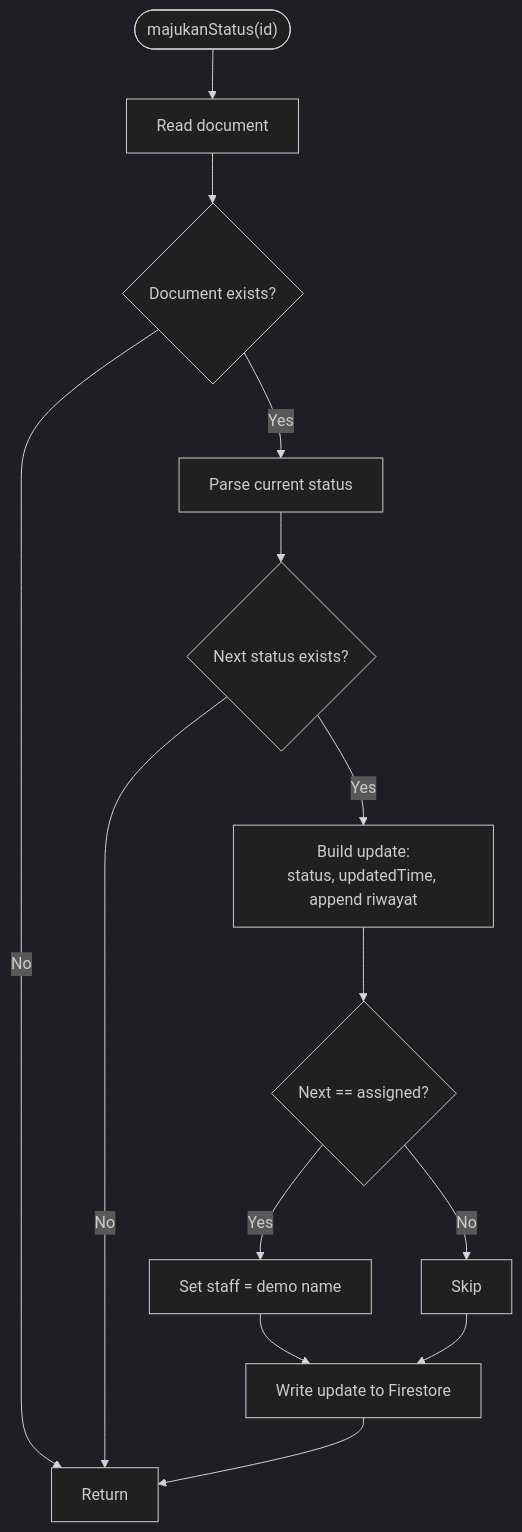
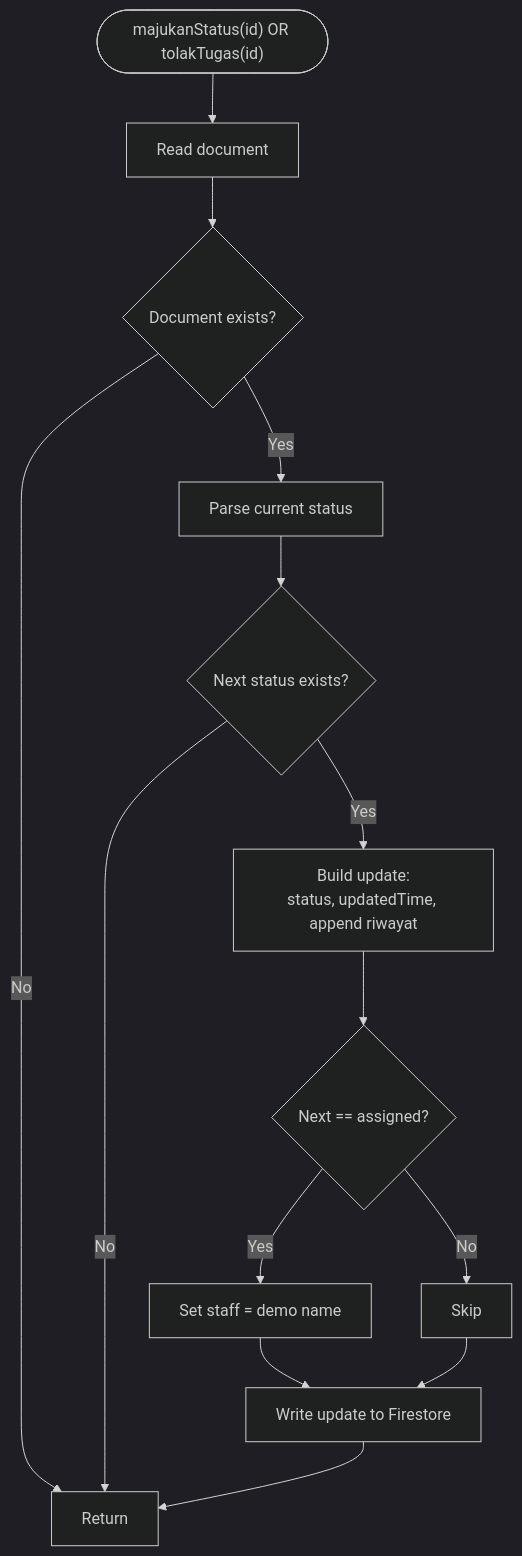
One commit to rdsarjito/whoosh-ramah changed the sixth of 11 diagrams in .qoder/repowiki/en/content/Mobile Application/Staff Workflow/Staff Workflow.md. Above: the diagram before and after it, drawn with Mermaid (dark theme). The commit also changed other lines of this file and 18 other files, not shown here.

````diff
--- a/.qoder/repowiki/en/content/Mobile Application/Staff Workflow/Staff Workflow.md
+++ b/.qoder/repowiki/en/content/Mobile Application/Staff Workflow/Staff Workflow.md
@@ -427,16 +484,16 @@
 ```mermaid
 flowchart TD
-Start(["majukanStatus(id)"]) --> ReadDoc["Read document"]
+Start(["majukanStatus(id) OR tolakTugas(id)"]) --> ReadDoc["Read document"]
 ReadDoc --> Exists{"Document exists?"}
 Exists --> |No| Exit["Return"]
 Exists --> |Yes| ParseStatus["Parse current status"]
 ParseStatus --> Next{"Next status exists?"}
 Next --> |No| Exit
 Next --> |Yes| BuildUpdate["Build update:<br/>status, updatedTime, append riwayat"]
 BuildUpdate --> AssignCheck{"Next == assigned?"}
 AssignCheck --> |Yes| AddStaff["Set staff = demo name"]
 AssignCheck --> |No| SkipAssign["Skip"]
 AddStaff --> Write["Write update to Firestore"]
 SkipAssign --> Write
 Write --> Exit
 ```
````
